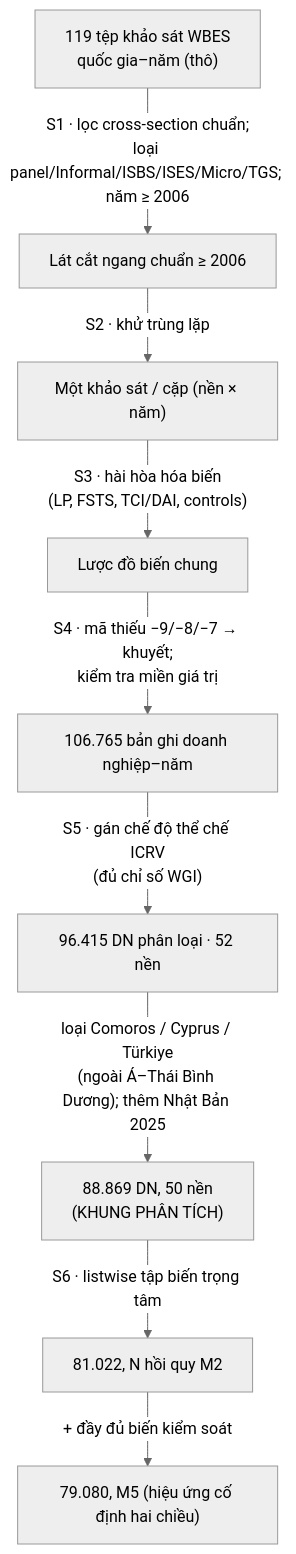
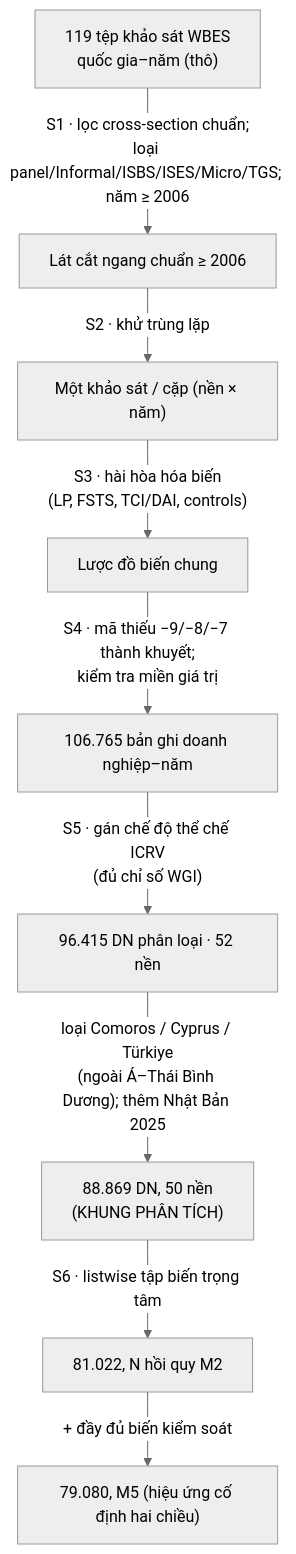
Before and after one commit to thuyhuongctu-cell/my_thesis_phd_candidate_26: the diagram in thesis/phu_luc_A_hop_nhat_du_lieu_vi.md, drawn with Mermaid (neutral theme). The commit also changed other lines of this file and 28 other files, not shown here.

````diff
--- a/thesis/phu_luc_A_hop_nhat_du_lieu_vi.md
+++ b/thesis/phu_luc_A_hop_nhat_du_lieu_vi.md
@@ -75,11 +75,11 @@
 ```mermaid
 flowchart TD
     A["119 tệp khảo sát WBES<br/>quốc gia–năm (thô)"] -->|"S1 · lọc cross-section chuẩn;<br/>loại panel/Informal/ISBS/ISES/Micro/TGS; năm ≥ 2006"| B["Lát cắt ngang chuẩn ≥ 2006"]
     B -->|"S2 · khử trùng lặp"| C["Một khảo sát / cặp (nền × năm)"]
     C -->|"S3 · hài hòa hóa biến<br/>(LP, FSTS, TCI/DAI, controls)"| D["Lược đồ biến chung"]
-    D -->|"S4 · mã thiếu −9/−8/−7 → khuyết;<br/>kiểm tra miền giá trị"| E["106.765 bản ghi doanh nghiệp–năm"]
+    D -->|"S4 · mã thiếu −9/−8/−7 thành khuyết;<br/>kiểm tra miền giá trị"| E["106.765 bản ghi doanh nghiệp–năm"]
     E -->|"S5 · gán chế độ thể chế ICRV<br/>(đủ chỉ số WGI)"| F["96.415 DN phân loại · 52 nền"]
     F -->|"loại Comoros / Cyprus / Türkiye<br/>(ngoài Á–Thái Bình Dương); thêm Nhật Bản 2025"| G["88.869 DN, 50 nền<br/>(KHUNG PHÂN TÍCH)"]
     G -->|"S6 · listwise tập biến trọng tâm"| H["81.022, N hồi quy M2"]
     H -->|"+ đầy đủ biến kiểm soát"| I["79.080, M5 (hiệu ứng cố định hai chiều)"]
 ```
````
